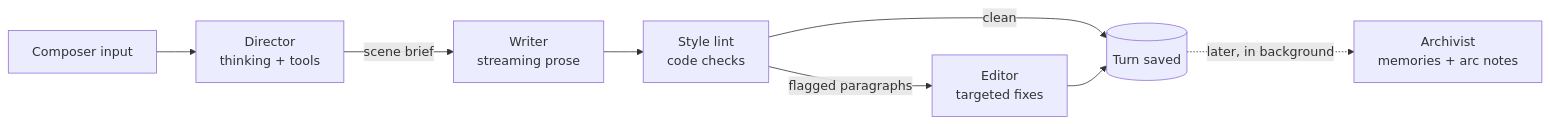
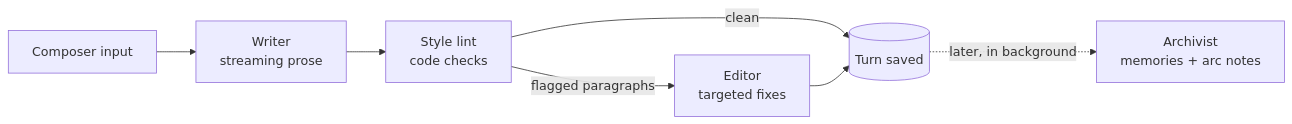
Before and after one commit to amiantos/writers-guild: the diagram in docs/bureau-design.md, drawn with Mermaid. The commit also changed other lines of this file and 28 other files, not shown here.

````diff
--- a/docs/bureau-design.md
+++ b/docs/bureau-design.md
@@ -249,10 +245,9 @@
 ```mermaid
 flowchart LR
-  U[Composer input] --> D[Director<br/>thinking + tools]
-  D -->|scene brief| W[Writer<br/>streaming prose]
+  U[Composer input] --> W[Writer<br/>streaming prose]
   W --> L[Style lint<br/>code checks]
   L -->|flagged paragraphs| E[Editor<br/>targeted fixes]
   L -->|clean| T[(Turn saved)]
   E --> T
   T -.->|later, in background| A[Archivist<br/>memories + arc notes]
 ```
````
